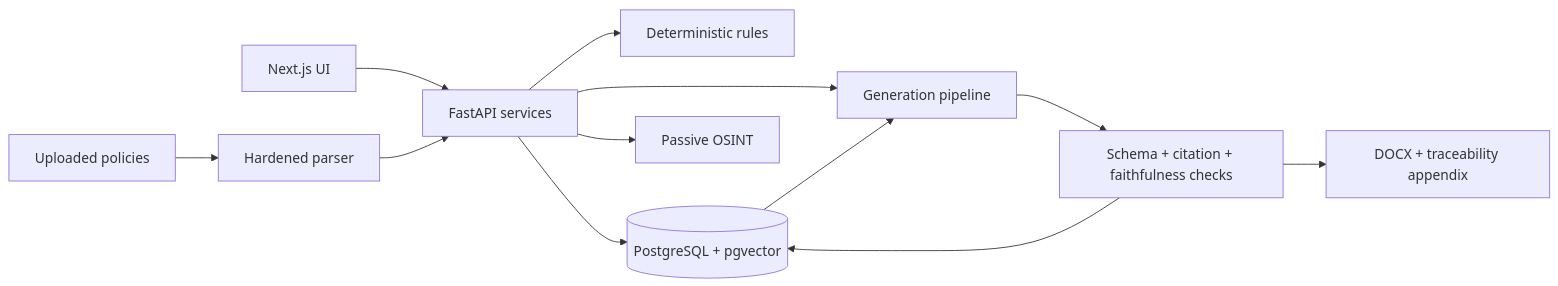
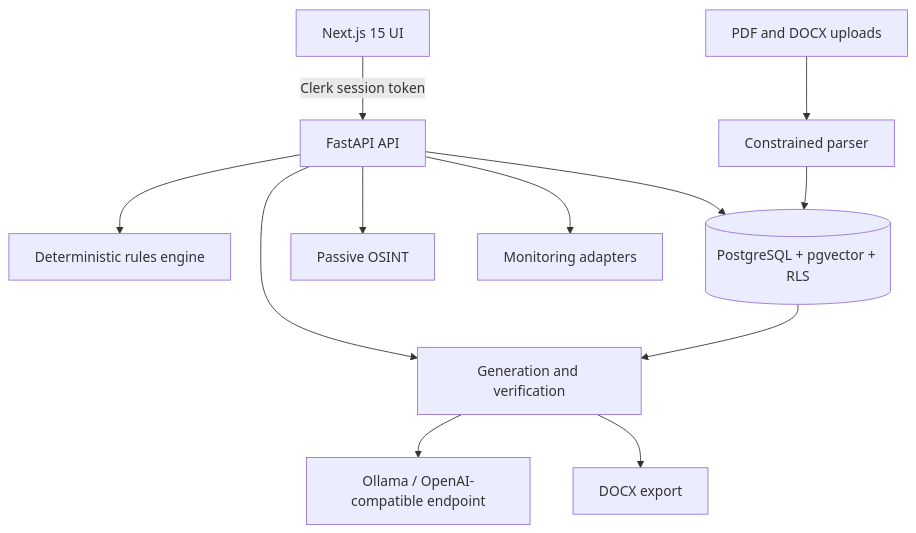
The second of 2 diagrams in README.md (slowgold05/grc-sentinel), drawn with Mermaid before and after one commit. The commit also changed other lines of this file and 1 other file, not shown here.

````diff
--- a/README.md
+++ b/README.md
@@ -36,14 +81,14 @@
 ```mermaid
-flowchart LR
-    U[Next.js UI] --> A[FastAPI services]
-    A --> R[Deterministic rules]
-    A --> K[(PostgreSQL + pgvector)]
+flowchart TB
+    U[Next.js 15 UI] -->|Clerk session token| A[FastAPI API]
+    A --> R[Deterministic rules engine]
+    A --> K[(PostgreSQL + pgvector + RLS)]
     A --> O[Passive OSINT]
-    A --> G[Generation pipeline]
-    D[Uploaded policies] --> P[Hardened parser]
-    P --> A
+    A --> M[Monitoring adapters]
+    A --> G[Generation and verification]
+    G --> L[Ollama / OpenAI-compatible endpoint]
+    D[PDF and DOCX uploads] --> P[Constrained parser]
+    P --> K
     K --> G
-    G --> V[Schema + citation + faithfulness checks]
-    V --> K
-    V --> X[DOCX + traceability appendix]
+    G --> X[DOCX export]
 ```
````
